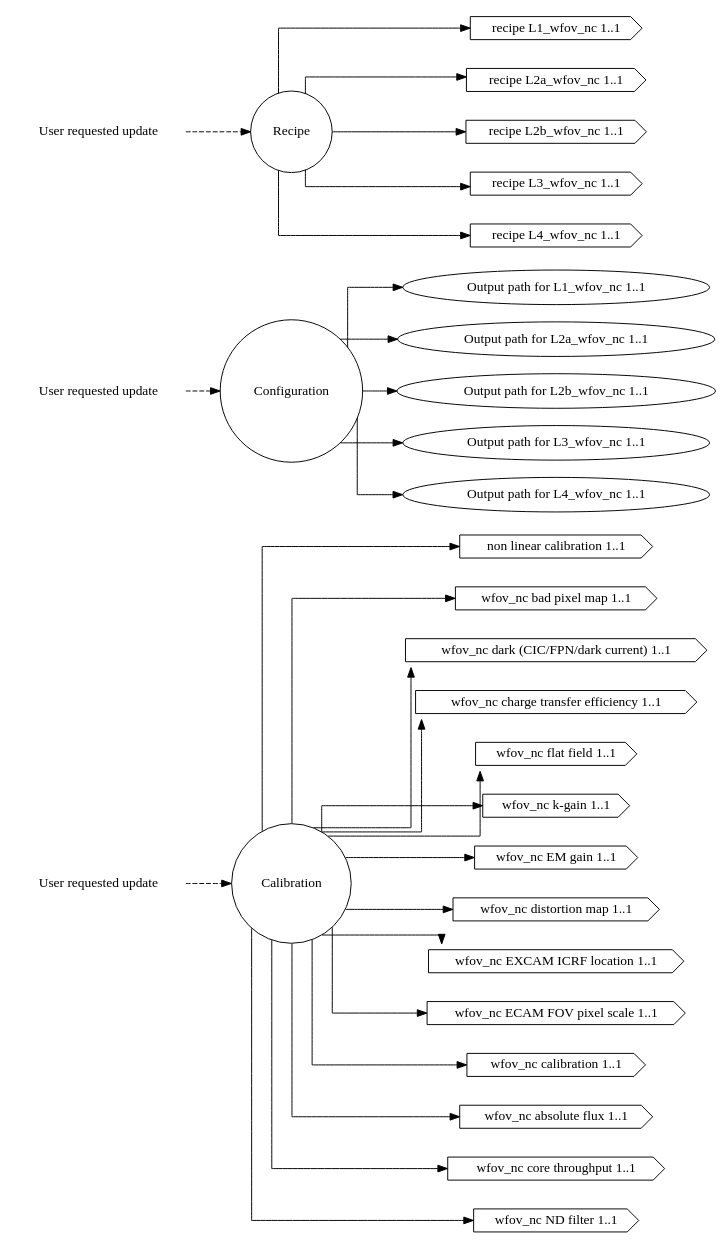
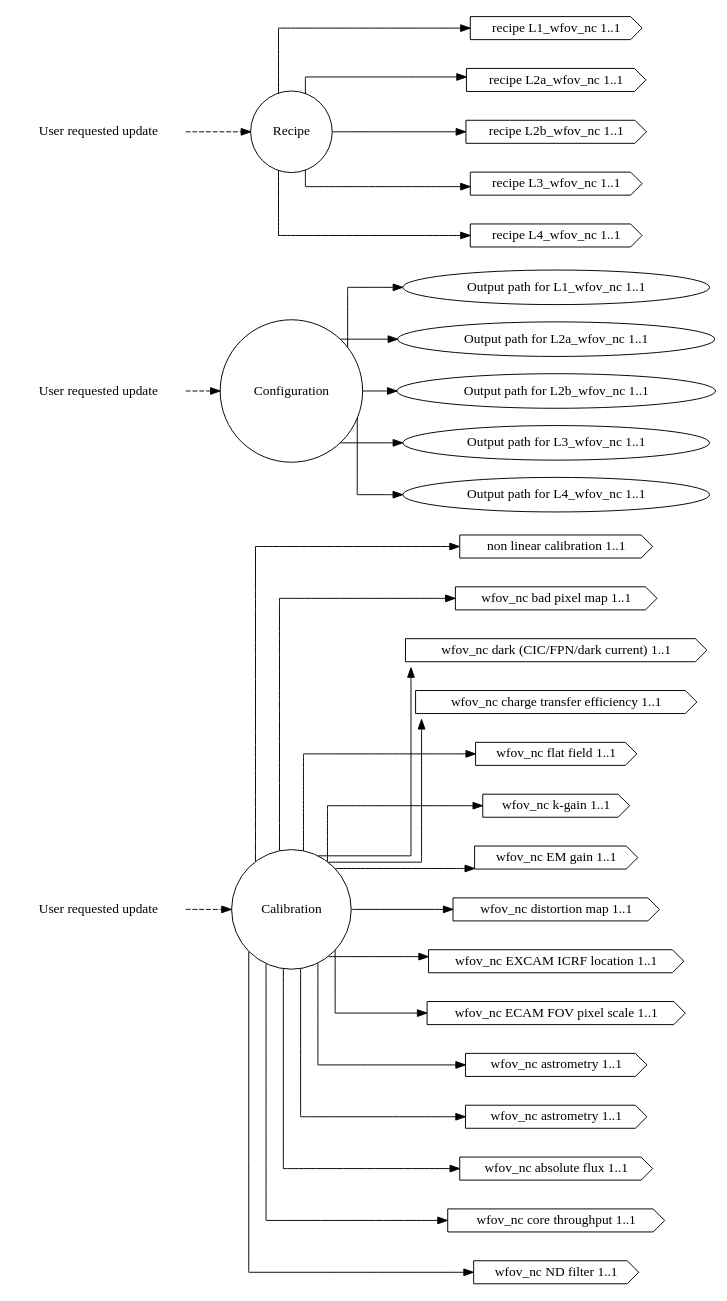
The diagram in dip/basis/ck_wfov_nc.dot (roman-corgi/ctc-dip), drawn with Graphviz before and after one commit. The commit also changed 48 other files, not shown here.

```diff
--- a/dip/basis/ck_wfov_nc.dot
+++ b/dip/basis/ck_wfov_nc.dot
@@ -1,122 +1,126 @@
 /* why separate channels and how are they tied back together
 *
 * The magic happens from clerks.dot. It contains the same clerks but with dawgie
 * information tied to the nodes. Since they are all named the same among these
 * channlized files and clerks.dot, the dip.basis.transmute distills then
 * condenses them into a hidden monolithic concept if they have dawgie
 * information associated with them. That is the real magic.
 */
 digraph Clerks
 {
   graph [splines="ortho", rankdir=LR];
 
   alarm_cal [label="User requested update", shape="none"];
   alarm_cnf [label="User requested update", shape="none"];
   alarm_rec [label="User requested update", shape="none"];
   
   calib [label="Calibration", shape="circle"];
   config [label="Configuration", shape="circle"];
   recipe [label="Recipe", shape="circle"];
 
   l1_wfov_nc_odir [label="Output path for L1_wfov_nc 1..1", shape="ellipse",
                  valname="clerk.configuration.l1_wfov_nc.outdir",
                  valtype="dip.base.Configuration"];
   l1_wfov_nc_rec [label="recipe L1_wfov_nc 1..1", shape="cds",
                 valname="clerk.recipe.l1_wfov_nc.recipe",
                 valtype="dip.base.Recipe"];
   l1_wfov_nc_nllut [label="non linear calibration 1..1", shape="cds",
                      valname="clerk.calibration.l1_wfov_nc.nonlin",
                      valtype="dip.base.Calibration"];
   l2a_wfov_nc_odir [label="Output path for L2a_wfov_nc 1..1", shape="ellipse",
                  valname="clerk.configuration.l2a_wfov_nc.outdir",
                  valtype="dip.base.Configuration"];
   l2a_wfov_nc_rec [label="recipe L2a_wfov_nc 1..1", shape="cds",
                  valname="clerk.recipe.l2a_wfov_nc.recipe",
                  valtype="dip.base.Recipe"];
   l2a_wfov_nc_mbpm [label="wfov_nc bad pixel map 1..1", shape="cds",
                 valname="clerk.calibration.l2a_wfov_nc.bad_pix_map",
                 valtype="dip.base.Calibration"];
   l2a_wfov_nc_dnb  [label="wfov_nc dark (CIC/FPN/dark current) 1..1", shape="cds",
                   valname="clerk.calibration.l2a_wfov_nc.darks",
                   valtype="dip.base.Calibration"];
   l2a_wfov_nc_cti  [label="wfov_nc charge transfer efficiency 1..1", shape="cds",
                 valname="clerk.calibration.l2a_wfov_nc.charge_xfer_eff",
                 valtype="dip.base.Calibration"];
   l2a_wfov_nc_ff  [label="wfov_nc flat field 1..1", shape="cds",
                 valname="clerk.calibration.l2a_wfov_nc.flat_field",
                 valtype="dip.base.Calibration"];
   l2a_wfov_nc_kgain  [label="wfov_nc k-gain 1..1", shape="cds",
                 valname="clerk.calibration.l2a_wfov_nc.k_gain",
                 valtype="dip.base.Calibration"];
   l2a_wfov_nc_emg [label="wfov_nc EM gain 1..1", shape="cds",
                 valname="clerk.calibration.l2a_wfov_nc.em_gain",
                 valtype="dip.base.Calibration"];
   l2b_wfov_nc_odir [label="Output path for L2b_wfov_nc 1..1", shape="ellipse",
                  valname="clerk.configuration.l2b_wfov_nc.outdir",
                  valtype="dip.base.Configuration"];
   l2b_wfov_nc_rec [label="recipe L2b_wfov_nc 1..1", shape="cds",
                  valname="clerk.recipe.l2b_wfov_nc.recipe",
                  valtype="dip.base.Recipe"];
   l2b_wfov_nc_distm [label="wfov_nc distortion map 1..1", shape="cds",
                  valname="clerk.calibration.l2b_wfov_nc.distortion_map",
                  valtype="dip.base.Calibration"];
   l2b_wfov_nc_excicrf [label="wfov_nc EXCAM ICRF location 1..1", shape="cds",
                  valname="clerk.calibration.l2b_wfov_nc.excam_icrf_location",
                  valtype="dip.base.Calibration"];
   l2b_wfov_nc_excfovps [label="wfov_nc ECAM FOV pixel scale 1..1", shape="cds",
                  valname="clerk.calibration.l2b_wfov_nc.excam_fov_pixel_scale",
                  valtype="dip.base.Calibration"];
   l3_wfov_nc_odir [label="Output path for L3_wfov_nc 1..1", shape="ellipse",
                  valname="clerk.configuration.l3_wfov_nc.outdir",
                  valtype="dip.base.Configuration"];
   l3_wfov_nc_rec [label="recipe L3_wfov_nc 1..1", shape="cds",
                  valname="clerk.recipe.l3_wfov_nc.recipe",
                  valtype="dip.base.Recipe"];
-  l3_wfov_nc_cal [label="wfov_nc calibration 1..1", shape="cds",
-                 valname="clerk.calibration.l3_wfov_nc.calibration",
+  l3_wfov_nc_ast [label="wfov_nc astrometry 1..1", shape="cds",
+                 valname="clerk.calibration.l3_wfov_nc.astrometry",
+                 valtype="dip.base.Calibration"];
+  l3_wfov_nc_ndf [label="wfov_nc astrometry 1..1", shape="cds",
+                 valname="clerk.calibration.l3_wfov_nc.ndfilter",
                  valtype="dip.base.Calibration"];
   l4_wfov_nc_odir [label="Output path for L4_wfov_nc 1..1", shape="ellipse",
                  valname="clerk.configuration.l4_wfov_nc.outdir",
                  valtype="dip.base.Configuration"];
   l4_wfov_nc_rec [label="recipe L4_wfov_nc 1..1", shape="cds",
                  valname="clerk.recipe.l4_wfov_nc.recipe",
                  valtype="dip.base.Recipe"];
   l4_wfov_nc_afcal [label="wfov_nc absolute flux 1..1", shape="cds",
                  valname="clerk.calibration.l4_wfov_nc.absolute_flux",
                  valtype="dip.base.Calibration"];
   l4_wfov_nc_ctcal [label="wfov_nc core throughput 1..1", shape="cds",
                  valname="clerk.calibration.l4_wfov_nc.core_thruput",
                  valtype="dip.base.Calibration"];
   l4_wfov_nc_ndfilt [label="wfov_nc ND filter 1..1", shape="cds",
                  valname="clerk.calibration.l4_wfov_nc.nd_filter",
                  valtype="dip.base.Calibration"];
 
   alarm_cal -> calib [style="dashed"];
   alarm_cnf -> config [style="dashed"];
   alarm_rec -> recipe [style="dashed"];
 
   calib -> l1_wfov_nc_nllut;
   calib -> l2a_wfov_nc_mbpm;
   calib -> l2a_wfov_nc_dnb;
   calib -> l2a_wfov_nc_cti;
   calib -> l2a_wfov_nc_ff;
   calib -> l2a_wfov_nc_kgain;
   calib -> l2a_wfov_nc_emg;
   calib -> l2b_wfov_nc_distm;
   calib -> l2b_wfov_nc_excicrf;
   calib -> l2b_wfov_nc_excfovps;
-  calib -> l3_wfov_nc_cal;
+  calib -> l3_wfov_nc_ast;
+  calib -> l3_wfov_nc_ndf;
   calib -> l4_wfov_nc_afcal;
   calib -> l4_wfov_nc_ctcal;
   calib -> l4_wfov_nc_ndfilt;
   config -> l1_wfov_nc_odir;
   config -> l2a_wfov_nc_odir;
   config -> l2b_wfov_nc_odir;
   config -> l3_wfov_nc_odir;
   config -> l4_wfov_nc_odir;
   recipe -> l1_wfov_nc_rec;
   recipe -> l2a_wfov_nc_rec;
   recipe -> l2b_wfov_nc_rec;
   recipe -> l3_wfov_nc_rec;
   recipe -> l4_wfov_nc_rec;
 }
```
